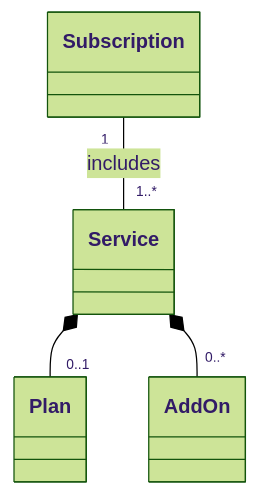
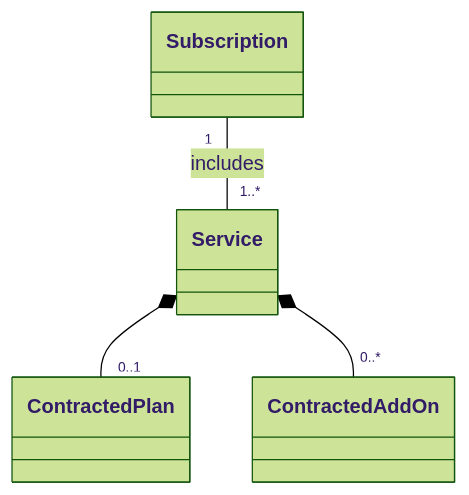
One commit to isa-group/sphere-docs changed the first of 3 diagrams in docs/api/space/introduction.mdx. Above: the diagram before and after it, drawn with Mermaid (forest theme). The commit also changed other lines of this file and 2 other files, not shown here.

````diff
--- a/docs/api/space/introduction.mdx
+++ b/docs/api/space/introduction.mdx
@@ -85,6 +85,6 @@
 ```mermaid
 classDiagram
     Subscription "1" -- "1..*" Service : includes
-    Service *-- "0..1" Plan
-    Service *-- "0..*" AddOn
+    Service *-- "0..1" ContractedPlan
+    Service *-- "0..*" ContractedAddOn
 ```
````
